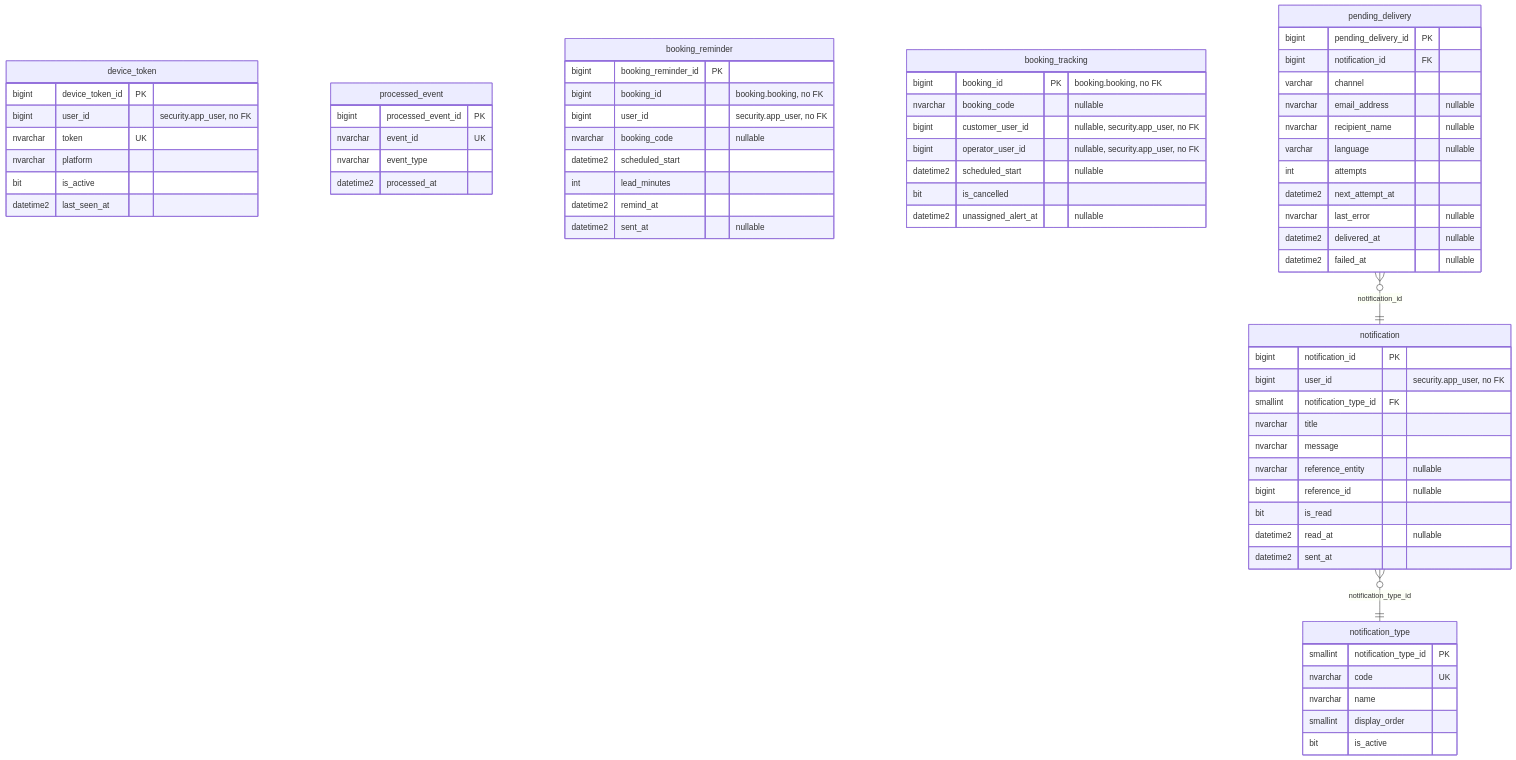
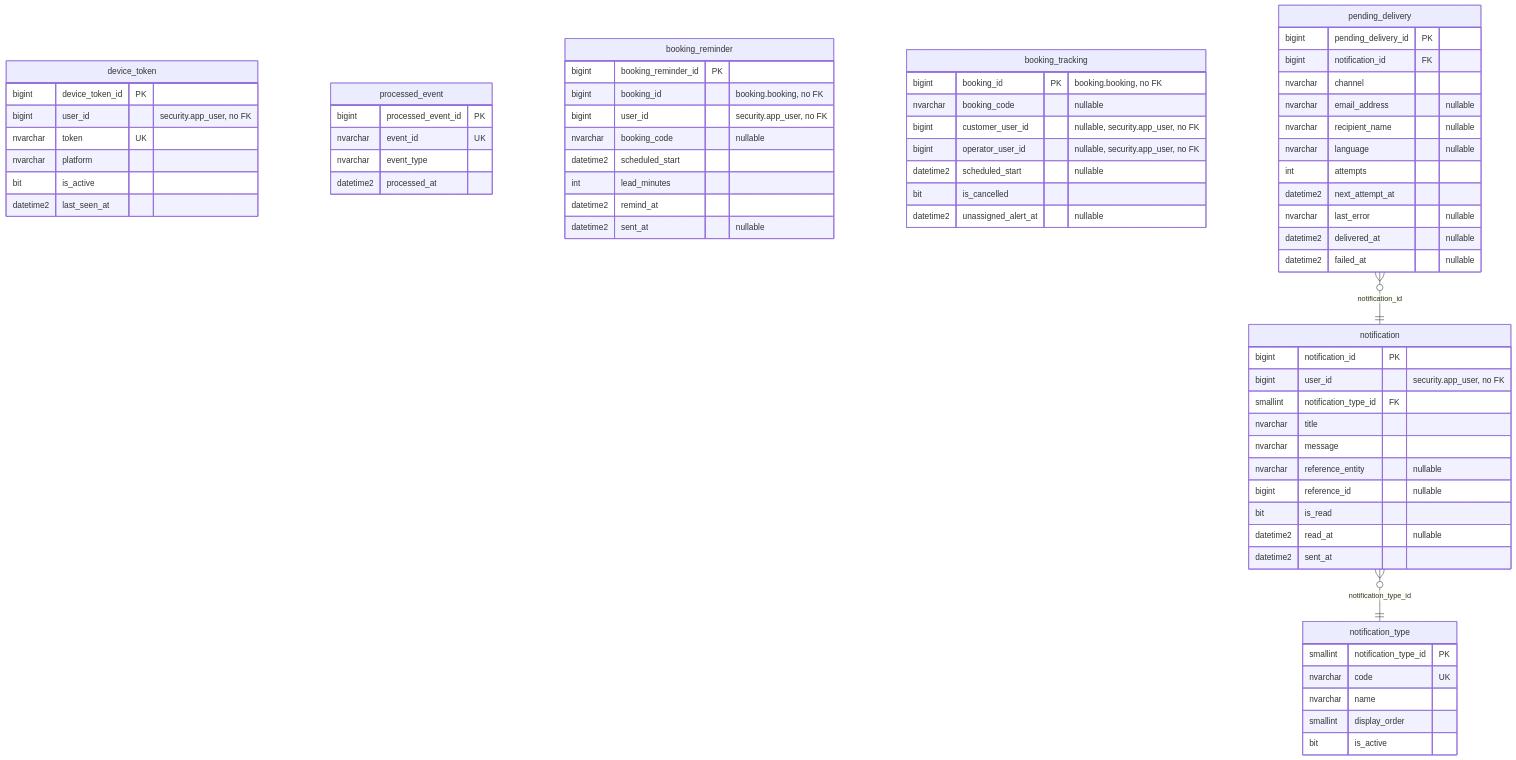
One commit to code-sena/vehicle-w-docs changed the diagram in 08-uml/diagrams/source/erd-notification.md. Above: the diagram before and after it, drawn with Mermaid. The commit also changed other lines of this file and 3 other files, not shown here.

Commit message:
docs(data): document migration 048 (pending_delivery channel and language as NVARCHAR)

````diff
--- a/08-uml/diagrams/source/erd-notification.md
+++ b/08-uml/diagrams/source/erd-notification.md
@@ -5,70 +5,70 @@
 ```mermaid
 erDiagram
     notification_type {
         smallint notification_type_id PK
         nvarchar code UK
         nvarchar name
         smallint display_order
         bit is_active
     }
     notification {
         bigint notification_id PK
         bigint user_id "security.app_user, no FK"
         smallint notification_type_id FK
         nvarchar title
         nvarchar message
         nvarchar reference_entity "nullable"
         bigint reference_id "nullable"
         bit is_read
         datetime2 read_at "nullable"
         datetime2 sent_at
     }
     device_token {
         bigint device_token_id PK
         bigint user_id "security.app_user, no FK"
         nvarchar token UK
         nvarchar platform
         bit is_active
         datetime2 last_seen_at
     }
     processed_event {
         bigint processed_event_id PK
         nvarchar event_id UK
         nvarchar event_type
         datetime2 processed_at
     }
     booking_reminder {
         bigint booking_reminder_id PK
         bigint booking_id "booking.booking, no FK"
         bigint user_id "security.app_user, no FK"
         nvarchar booking_code "nullable"
         datetime2 scheduled_start
         int lead_minutes
         datetime2 remind_at
         datetime2 sent_at "nullable"
     }
     booking_tracking {
         bigint booking_id PK "booking.booking, no FK"
         nvarchar booking_code "nullable"
         bigint customer_user_id "nullable, security.app_user, no FK"
         bigint operator_user_id "nullable, security.app_user, no FK"
         datetime2 scheduled_start "nullable"
         bit is_cancelled
         datetime2 unassigned_alert_at "nullable"
     }
     pending_delivery {
         bigint pending_delivery_id PK
         bigint notification_id FK
-        varchar channel
+        nvarchar channel
         nvarchar email_address "nullable"
         nvarchar recipient_name "nullable"
-        varchar language "nullable"
+        nvarchar language "nullable"
         int attempts
         datetime2 next_attempt_at
         nvarchar last_error "nullable"
         datetime2 delivered_at "nullable"
         datetime2 failed_at "nullable"
     }
     notification }o--|| notification_type : "notification_type_id"
     pending_delivery }o--|| notification : "notification_id"
 ```
````
